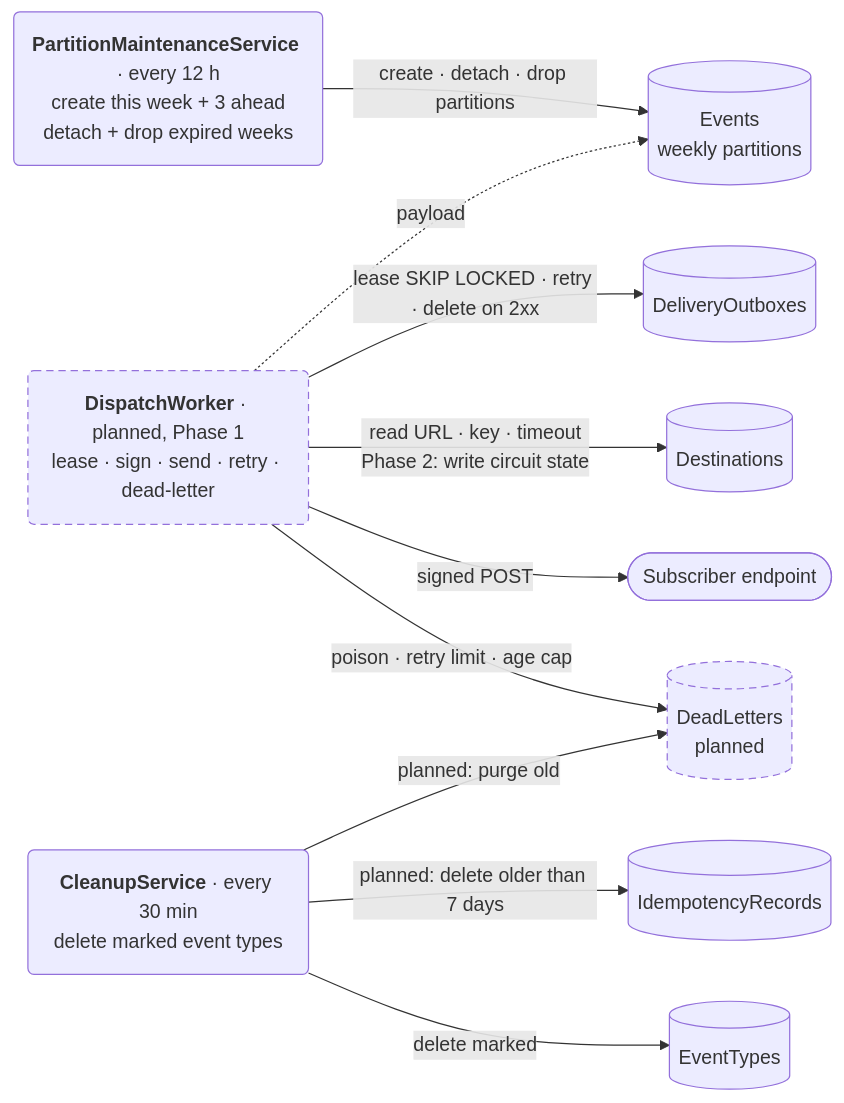
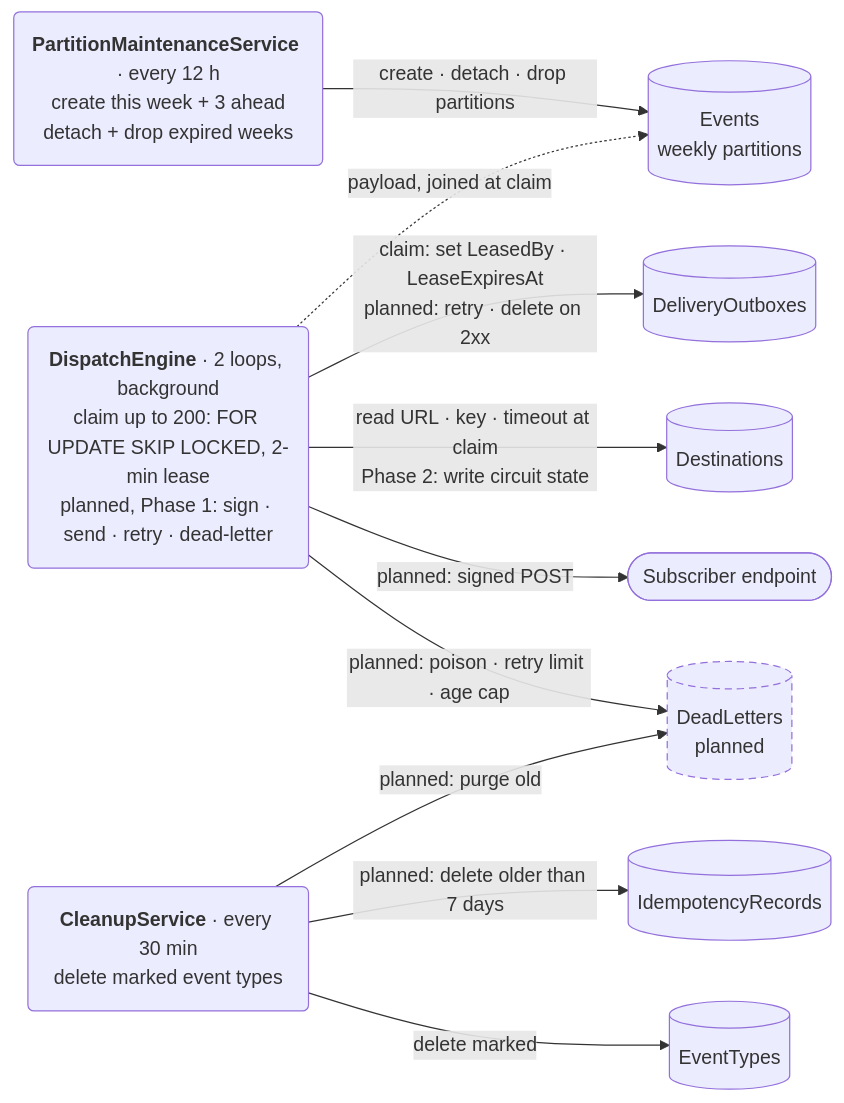
One commit to Talha-Ridwan/DispatchForge changed the third of 3 diagrams in docs/architecture.md. Above: the diagram before and after it, drawn with Mermaid. The commit also changed other lines of this file and 1 other file, not shown here.

Commit message:
Caught 2 strays

````diff
--- a/docs/architecture.md
+++ b/docs/architecture.md
@@ -72,27 +72,27 @@
 ```mermaid
 flowchart LR
     PM("<b>PartitionMaintenanceService</b> · every 12 h<br/>create this week + 3 ahead<br/>detach + drop expired weeks")
-    DW("<b>DispatchWorker</b> · planned, Phase 1<br/>lease · sign · send · retry · dead-letter")
+    DW("<b>DispatchEngine</b> · 2 loops, background<br/>claim up to 200: FOR UPDATE SKIP LOCKED, 2-min lease<br/>planned, Phase 1: sign · send · retry · dead-letter")
     CL("<b>CleanupService</b> · every 30 min<br/>delete marked event types")
 
     Events[("Events<br/>weekly partitions")]
     Outbox[("DeliveryOutboxes")]
     Destinations[("Destinations")]
     Sub(["Subscriber endpoint"])
     DL[("DeadLetters<br/>planned")]
     Idem[("IdempotencyRecords")]
     EventTypes[("EventTypes")]
 
     PM -->|"create · detach · drop partitions"| Events
-    DW -.->|"payload"| Events
-    DW -->|"lease SKIP LOCKED · retry · delete on 2xx"| Outbox
-    DW -->|"read URL · key · timeout<br/>Phase 2: write circuit state"| Destinations
-    DW -->|"signed POST"| Sub
-    DW -->|"poison · retry limit · age cap"| DL
+    DW -.->|"payload, joined at claim"| Events
+    DW -->|"claim: set LeasedBy · LeaseExpiresAt<br/>planned: retry · delete on 2xx"| Outbox
+    DW -->|"read URL · key · timeout at claim<br/>Phase 2: write circuit state"| Destinations
+    DW -->|"planned: signed POST"| Sub
+    DW -->|"planned: poison · retry limit · age cap"| DL
     CL -->|"planned: purge old"| DL
     CL -->|"planned: delete older than 7 days"| Idem
     CL -->|"delete marked"| EventTypes
 
     classDef planned stroke-dasharray: 6 4
-    class DW,DL planned
+    class DL planned
 ```
````
